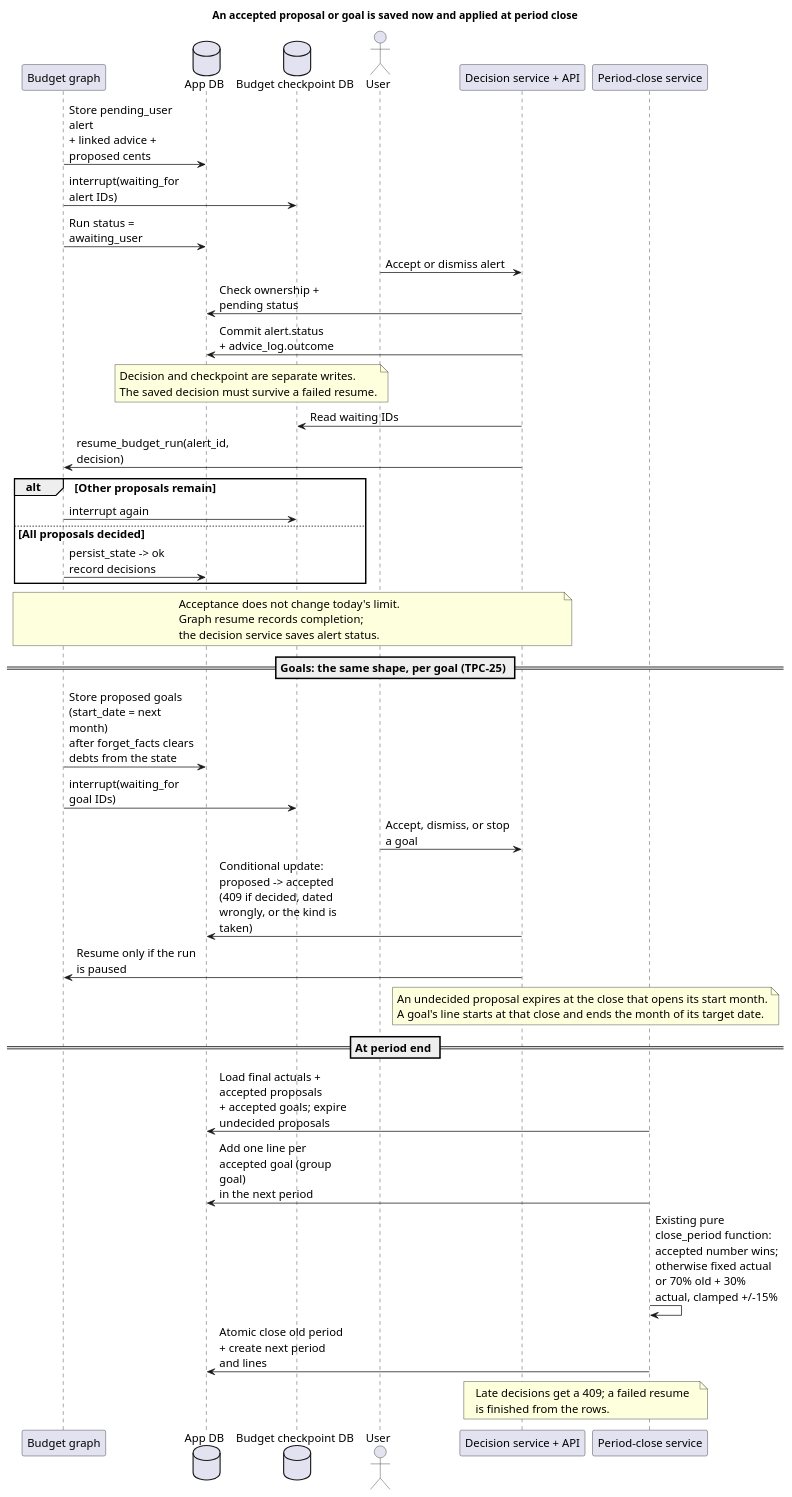
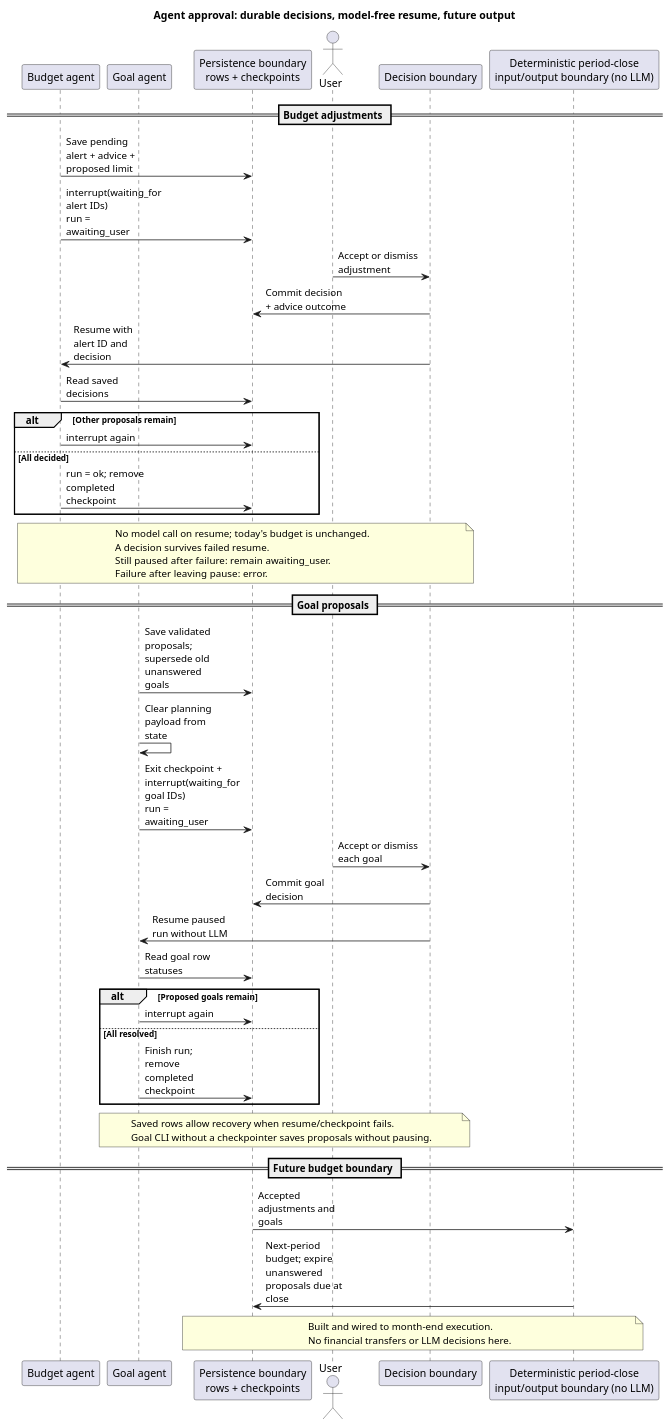
One commit to Del0m/Agentic-Financial-Dashboard changed the diagram in docs/diagrams/approval-lifecycle.puml. Above: the diagram before and after it, drawn with PlantUML. The commit also changed 14 other files, not shown here.

First line of the commit message:
docs: agentic system guide for grading, with updated agent diagrams

```diff
--- a/docs/diagrams/approval-lifecycle.puml
+++ b/docs/diagrams/approval-lifecycle.puml
@@ -1,54 +1,54 @@
 @startuml
-title An accepted proposal or goal is saved now and applied at period close
+title Agent approval: durable decisions, model-free resume, future output
 skinparam shadowing false
 skinparam defaultFontName SansSerif
-skinparam defaultFontSize 15
-skinparam maxMessageSize 170
-participant "Budget graph" as Graph
-database "App DB" as DB
-database "Budget checkpoint DB" as CP
+skinparam maxMessageSize 110
+participant "Budget agent" as Budget
+participant "Goal agent" as Goals
+participant "Persistence boundary\nrows + checkpoints" as Store
 actor User
-participant "Decision service + API" as Decisions
-participant "Period-close service" as Close
-Graph -> DB : Store pending_user alert\n+ linked advice + proposed cents
-Graph -> CP : interrupt(waiting_for alert IDs)
-Graph -> DB : Run status = awaiting_user
-User -> Decisions : Accept or dismiss alert
-Decisions -> DB : Check ownership + pending status
-Decisions -> DB : Commit alert.status\n+ advice_log.outcome
-note over DB, CP
-Decision and checkpoint are separate writes.
-The saved decision must survive a failed resume.
+participant "Decision boundary" as Decision
+participant "Deterministic period-close\ninput/output boundary (no LLM)" as Close
+== Budget adjustments ==
+Budget -> Store : Save pending alert + advice + proposed limit
+Budget -> Store : interrupt(waiting_for alert IDs)\nrun = awaiting_user
+User -> Decision : Accept or dismiss adjustment
+Decision -> Store : Commit decision + advice outcome
+Decision -> Budget : Resume with alert ID and decision
+Budget -> Store : Read saved decisions
+alt Other proposals remain
+  Budget -> Store : interrupt again
+else All decided
+  Budget -> Store : run = ok; remove completed checkpoint
+end
+note over Budget, Decision
+No model call on resume; today's budget is unchanged.
+A decision survives failed resume.
+Still paused after failure: remain awaiting_user.
+Failure after leaving pause: error.
 end note
-Decisions -> CP : Read waiting IDs
-Decisions -> Graph : resume_budget_run(alert_id, decision)
-alt Other proposals remain
-  Graph -> CP : interrupt again
-else All proposals decided
-  Graph -> DB : persist_state -> ok\nrecord decisions
+== Goal proposals ==
+Goals -> Store : Save validated proposals; supersede old unanswered goals
+Goals -> Goals : Clear planning payload from state
+Goals -> Store : Exit checkpoint + interrupt(waiting_for goal IDs)\nrun = awaiting_user
+User -> Decision : Accept or dismiss each goal
+Decision -> Store : Commit goal decision
+Decision -> Goals : Resume paused run without LLM
+Goals -> Store : Read goal row statuses
+alt Proposed goals remain
+  Goals -> Store : interrupt again
+else All resolved
+  Goals -> Store : Finish run; remove completed checkpoint
 end
-note over Graph, Decisions
-Acceptance does not change today's limit.
-Graph resume records completion;
-the decision service saves alert status.
+note over Goals, Decision
+Saved rows allow recovery when resume/checkpoint fails.
+Goal CLI without a checkpointer saves proposals without pausing.
 end note
-== Goals: the same shape, per goal (TPC-25) ==
-Graph -> DB : Store proposed goals (start_date = next month)\nafter forget_facts clears debts from the state
-Graph -> CP : interrupt(waiting_for goal IDs)
-User -> Decisions : Accept, dismiss, or stop a goal
-Decisions -> DB : Conditional update: proposed -> accepted\n(409 if decided, dated wrongly, or the kind is taken)
-Decisions -> Graph : Resume only if the run is paused
-note over Decisions, Close
-An undecided proposal expires at the close that opens its start month.
-A goal's line starts at that close and ends the month of its target date.
-end note
-== At period end ==
-Close -> DB : Load final actuals + accepted proposals\n+ accepted goals; expire undecided proposals
-Close -> DB : Add one line per accepted goal (group goal)\nin the next period
-Close -> Close : Existing pure close_period function:\naccepted number wins; otherwise fixed actual\nor 70% old + 30% actual, clamped +/-15%
-Close -> DB : Atomic close old period\n+ create next period and lines
-note over Decisions, Close
-Late decisions get a 409; a failed resume
-is finished from the rows.
+== Future budget boundary ==
+Store -> Close : Accepted adjustments and goals
+Close -> Store : Next-period budget; expire unanswered proposals due at close
+note over Store, Close
+Built and wired to month-end execution.
+No financial transfers or LLM decisions here.
 end note
 @enduml
```
